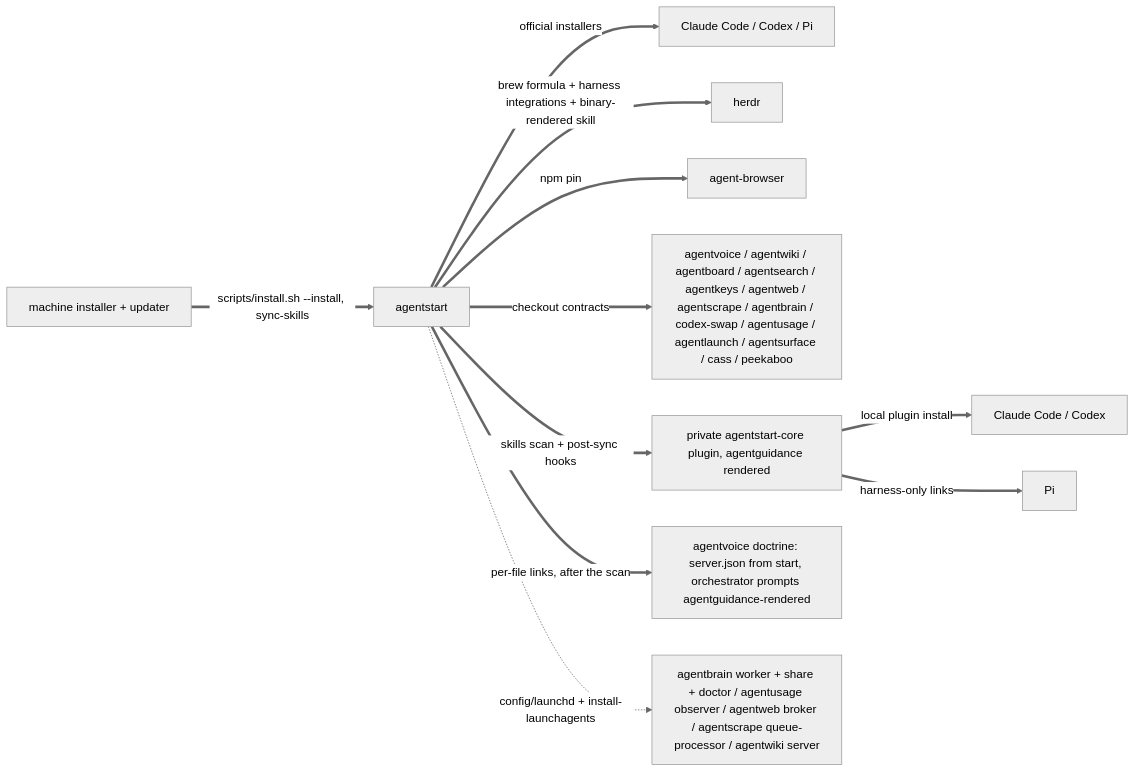
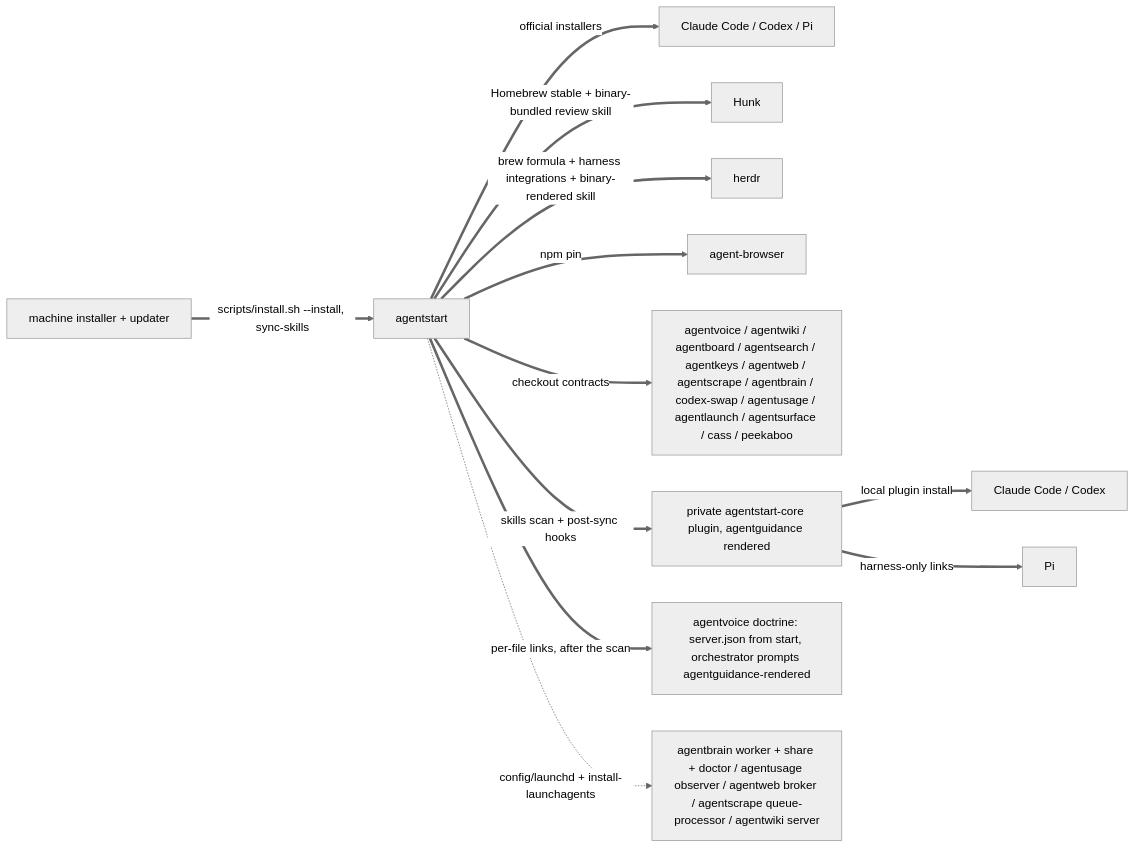
One commit to possibilities/agentdots changed the second of 3 diagrams in skills/fleet/MAP.md. Above: the diagram before and after it, drawn with Mermaid (neutral theme). The commit also changed other lines of this file and 3 other files, not shown here.

Commit message:
Install Hunk with its review skill

````diff
--- a/skills/fleet/MAP.md
+++ b/skills/fleet/MAP.md
@@ -80,16 +80,17 @@
 ```mermaid
 flowchart LR
     machine[machine installer + updater]
     start[agentstart]
 
     machine ==>|scripts/install.sh --install, sync-skills| start
     start ==>|official installers| harnesses[Claude Code / Codex / Pi]
+    start ==>|Homebrew stable + binary-bundled review skill| hunk[Hunk]
     start ==>|brew formula + harness integrations + binary-rendered skill| herdrInstall[herdr]
     start ==>|npm pin| browser[agent-browser]
     start ==>|checkout contracts| fleet[agentvoice / agentwiki / agentboard / agentsearch / agentkeys / agentweb / agentscrape / agentbrain / codex-swap / agentusage / agentlaunch / agentsurface / cass / peekaboo]
     start ==>|skills scan + post-sync hooks| skills[private agentstart-core plugin, agentguidance rendered]
     skills ==>|local plugin install| coreHarnesses[Claude Code / Codex]
     skills ==>|harness-only links| piSkills[Pi]
     start ==>|per-file links, after the scan| voiceDoctrine[agentvoice doctrine: server.json from start, orchestrator prompts agentguidance-rendered]
     start -.->|config/launchd + install-launchagents| services[agentbrain worker + share + doctor / agentusage observer / agentweb broker / agentscrape queue-processor / agentwiki server]
 ```
````
